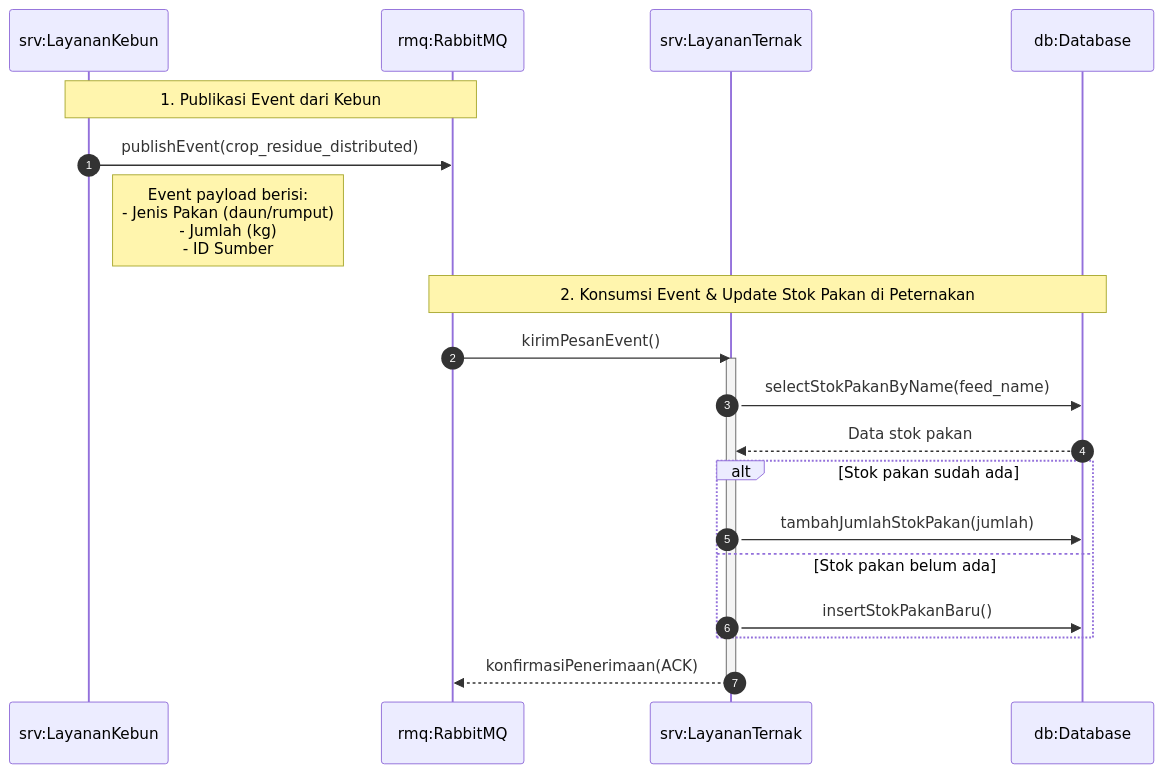
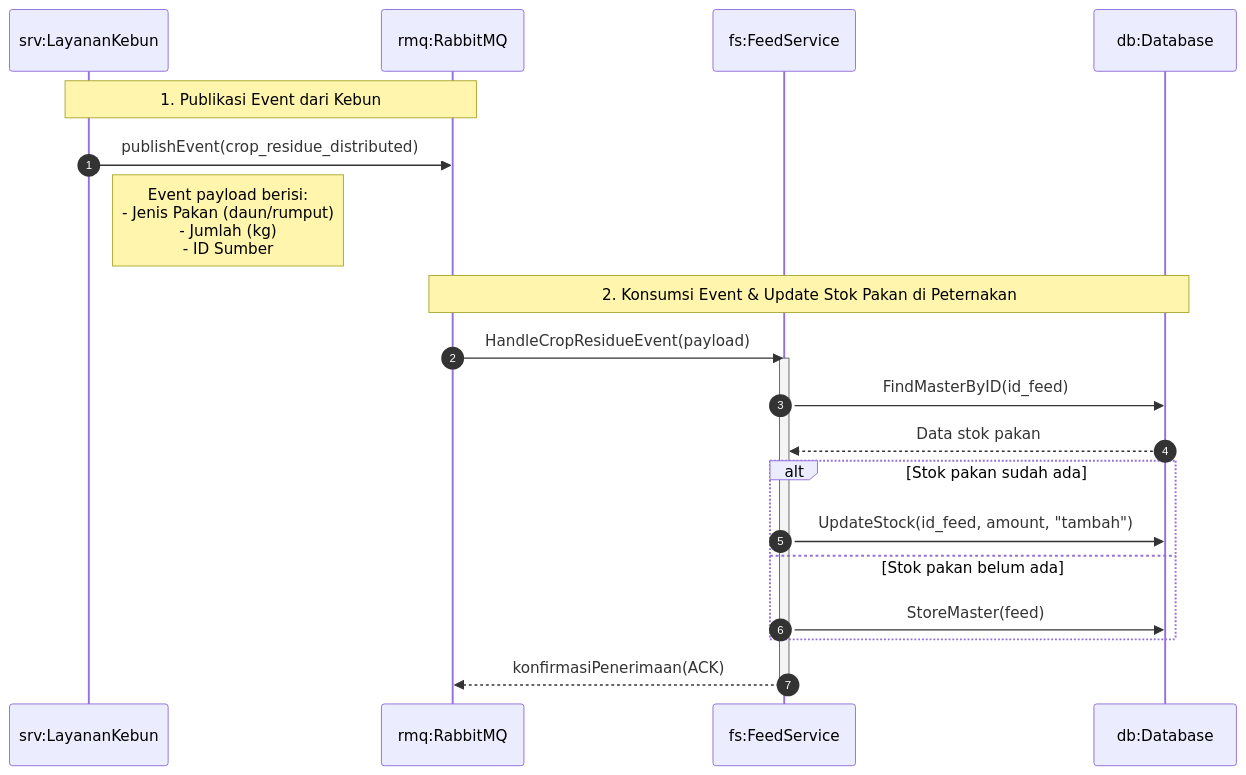
One commit to MuhammadHamidy/Farmease changed the second of 2 diagrams in docs/livestock_architecture_sequence_diagram.md. Above: the diagram before and after it, drawn with Mermaid. The commit also changed other lines of this file and 299 other files, not shown here.

````diff
--- a/docs/livestock_architecture_sequence_diagram.md
+++ b/docs/livestock_architecture_sequence_diagram.md
@@ -65,29 +65,29 @@
 ```mermaid
 sequenceDiagram
     autonumber
     participant LK as srv:LayananKebun
     participant RMQ as rmq:RabbitMQ
-    participant LT as srv:LayananTernak
+    participant FS as fs:FeedService
     participant DB as db:Database
 
     %% Event Trigger di Kebun
     Note over LK, RMQ: 1. Publikasi Event dari Kebun
     LK->>RMQ: publishEvent(crop_residue_distributed)
     Note right of LK: Event payload berisi:<br/>- Jenis Pakan (daun/rumput)<br/>- Jumlah (kg)<br/>- ID Sumber
 
     %% Event Consumed di Peternakan
     Note over RMQ, DB: 2. Konsumsi Event & Update Stok Pakan di Peternakan
-    RMQ->>LT: kirimPesanEvent()
-    activate LT
-    LT->>DB: selectStokPakanByName(feed_name)
-    DB-->>LT: Data stok pakan
+    RMQ->>FS: HandleCropResidueEvent(payload)
+    activate FS
+    FS->>DB: FindMasterByID(id_feed)
+    DB-->>FS: Data stok pakan
     
     alt Stok pakan sudah ada
-        LT->>DB: tambahJumlahStokPakan(jumlah)
+        FS->>DB: UpdateStock(id_feed, amount, "tambah")
     else Stok pakan belum ada
-        LT->>DB: insertStokPakanBaru()
+        FS->>DB: StoreMaster(feed)
     end
     
-    LT-->>RMQ: konfirmasiPenerimaan(ACK)
-    deactivate LT
+    FS-->>RMQ: konfirmasiPenerimaan(ACK)
+    deactivate FS
 ```
````
